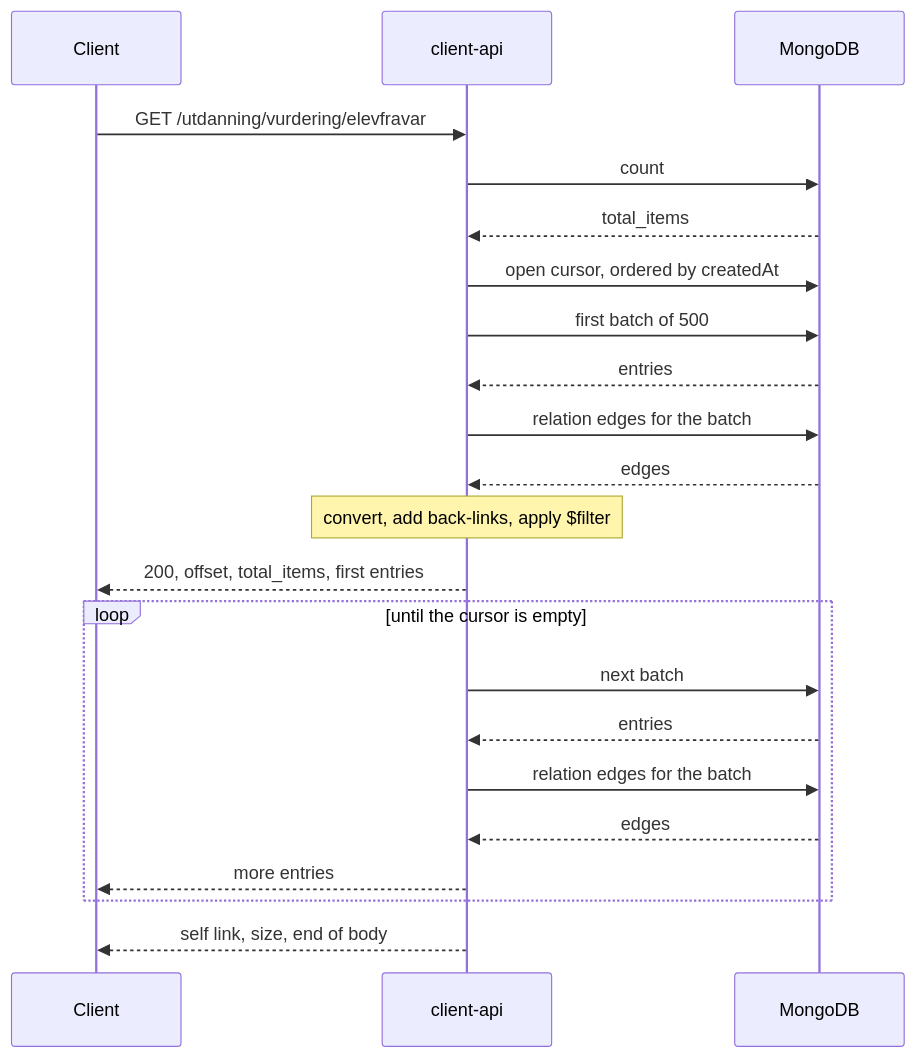
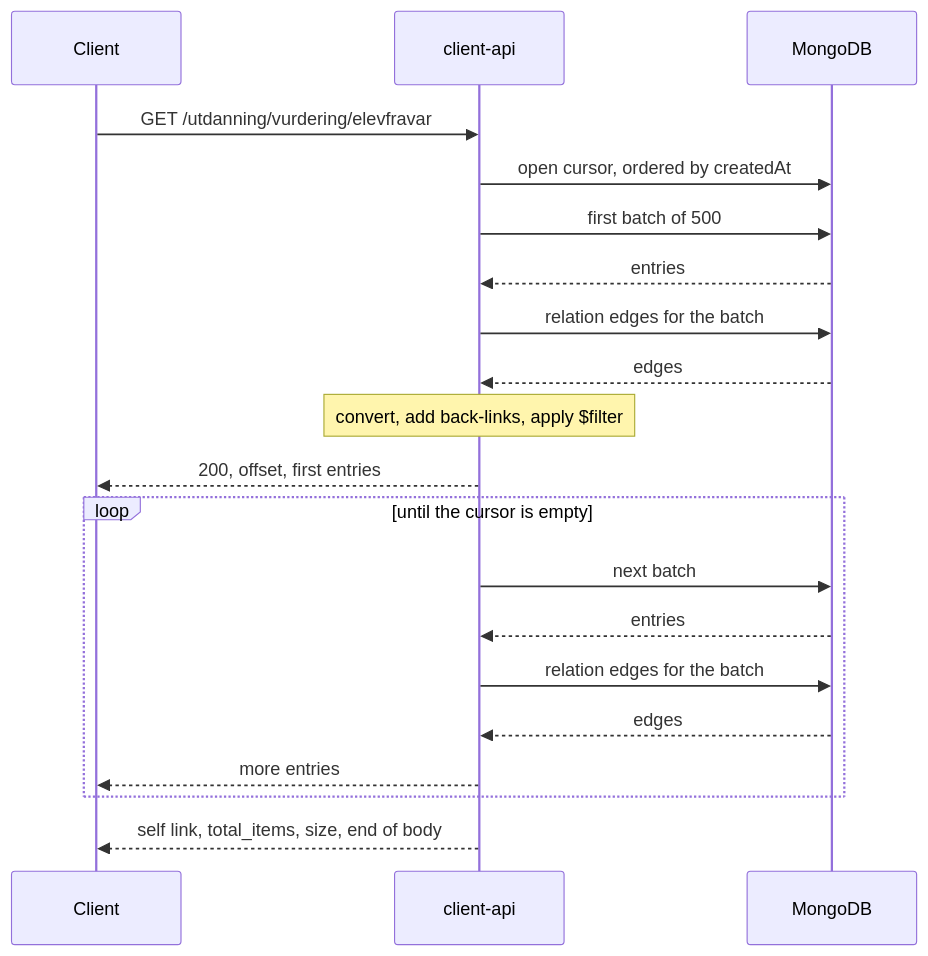
Before and after one commit to FINTLabs/fint-core: the diagram in docs/list-reads.md, drawn with Mermaid. The commit also changed other lines of this file and 9 other files, not shown here.

First line of the commit message:
fix: count total_items off the cursor so a dump's count is exact

````diff
--- a/docs/list-reads.md
+++ b/docs/list-reads.md
@@ -41,24 +42,22 @@
 ```mermaid
 sequenceDiagram
     participant C as Client
     participant A as client-api
     participant M as MongoDB
     C ->> A: GET /utdanning/vurdering/elevfravar
-    A ->> M: count
-    M -->> A: total_items
     A ->> M: open cursor, ordered by createdAt
     A ->> M: first batch of 500
     M -->> A: entries
     A ->> M: relation edges for the batch
     M -->> A: edges
     Note over A: convert, add back-links, apply $filter
-    A -->> C: 200, offset, total_items, first entries
+    A -->> C: 200, offset, first entries
     loop until the cursor is empty
         A ->> M: next batch
         M -->> A: entries
         A ->> M: relation edges for the batch
         M -->> A: edges
         A -->> C: more entries
     end
-    A -->> C: self link, size, end of body
+    A -->> C: self link, total_items, size, end of body
 ```
````
